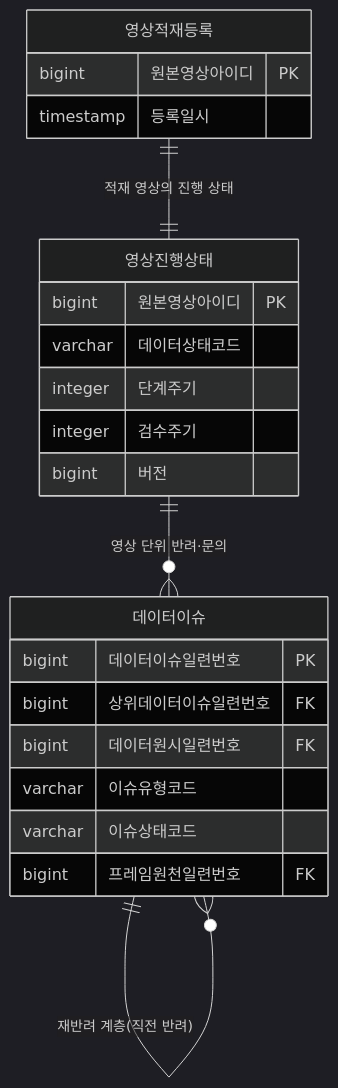
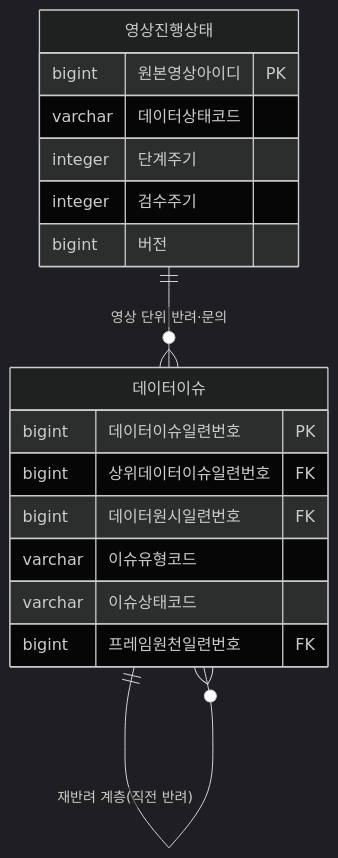
One commit to New-stella/klid-label changed the sixth of 17 diagrams in docs/design/KLID_AT_엔티티관계모형설계서.md. Above: the diagram before and after it, drawn with Mermaid (dark theme). The commit also changed other lines of this file and 10 other files, not shown here.

````diff
--- a/docs/design/KLID_AT_엔티티관계모형설계서.md
+++ b/docs/design/KLID_AT_엔티티관계모형설계서.md
@@ -272,25 +250,20 @@
 ```mermaid
 erDiagram
-    영상적재등록 ||--|| 영상진행상태 : "적재 영상의 진행 상태"
     영상진행상태 ||--o{ 데이터이슈 : "영상 단위 반려·문의"
     데이터이슈 ||--o{ 데이터이슈 : "재반려 계층(직전 반려)"
-    영상적재등록 {
-        bigint 원본영상아이디 PK
-        timestamp 등록일시
-    }
     영상진행상태 {
         bigint 원본영상아이디 PK
         varchar 데이터상태코드
         integer 단계주기
         integer 검수주기
         bigint 버전
     }
     데이터이슈 {
         bigint 데이터이슈일련번호 PK
         bigint 상위데이터이슈일련번호 FK
         bigint 데이터원시일련번호 FK
         varchar 이슈유형코드
         varchar 이슈상태코드
         bigint 프레임원천일련번호 FK
     }
 ```
````
